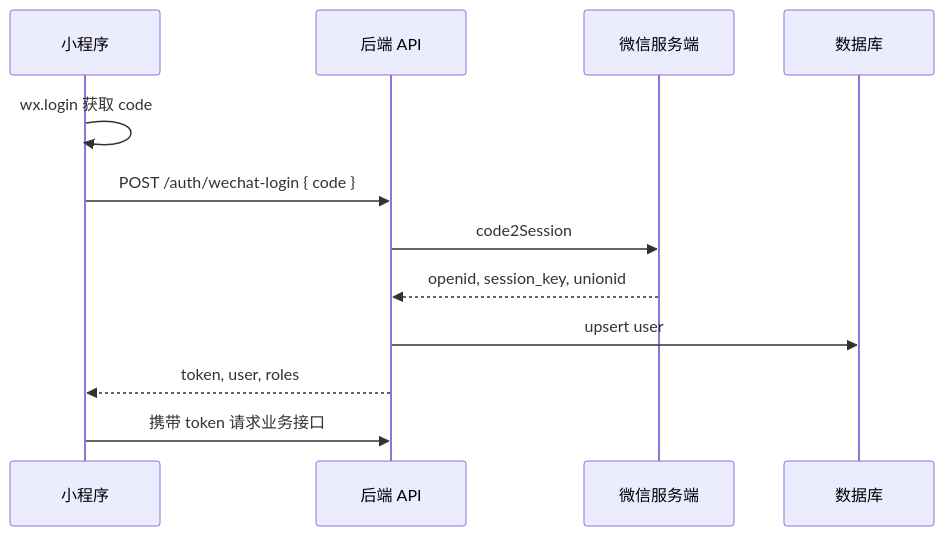
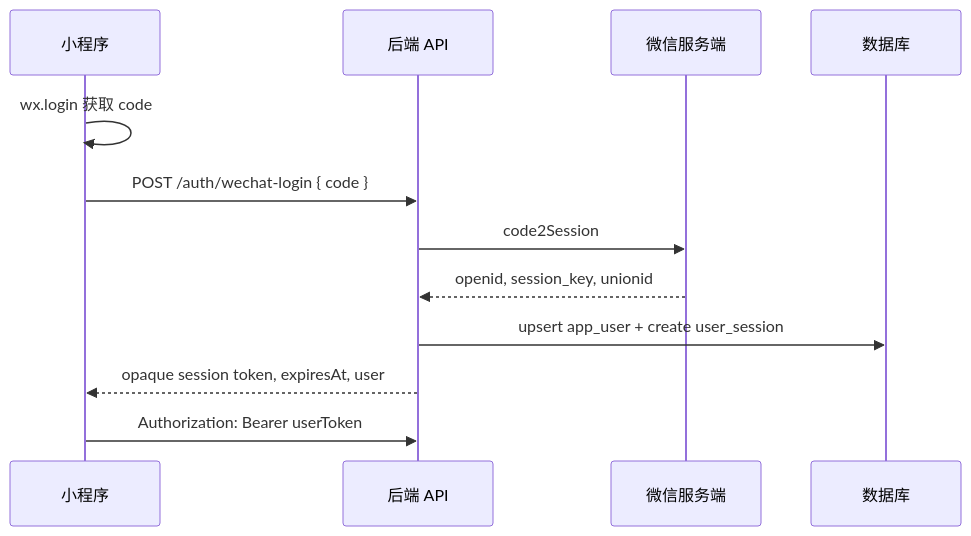
Before and after one commit to HuangLA/mrjz-app: the second of 3 diagrams in docs/TECHNICAL_DESIGN.md, drawn with Mermaid. The commit also changed other lines of this file and 17 other files, not shown here.

````diff
--- a/docs/TECHNICAL_DESIGN.md
+++ b/docs/TECHNICAL_DESIGN.md
@@ -180,15 +180,15 @@
 ```mermaid
 sequenceDiagram
   participant MP as 小程序
   participant API as 后端 API
   participant WX as 微信服务端
   participant DB as 数据库
 
   MP->>MP: wx.login 获取 code
   MP->>API: POST /auth/wechat-login { code }
   API->>WX: code2Session
   WX-->>API: openid, session_key, unionid
-  API->>DB: upsert user
-  API-->>MP: token, user, roles
-  MP->>API: 携带 token 请求业务接口
+  API->>DB: upsert app_user + create user_session
+  API-->>MP: opaque session token, expiresAt, user
+  MP->>API: Authorization: Bearer userToken
 ```
````
